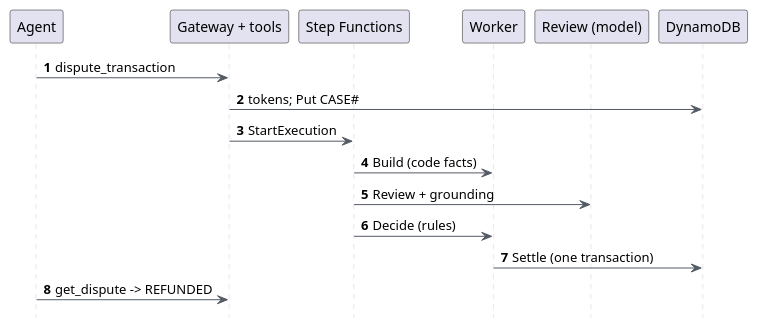
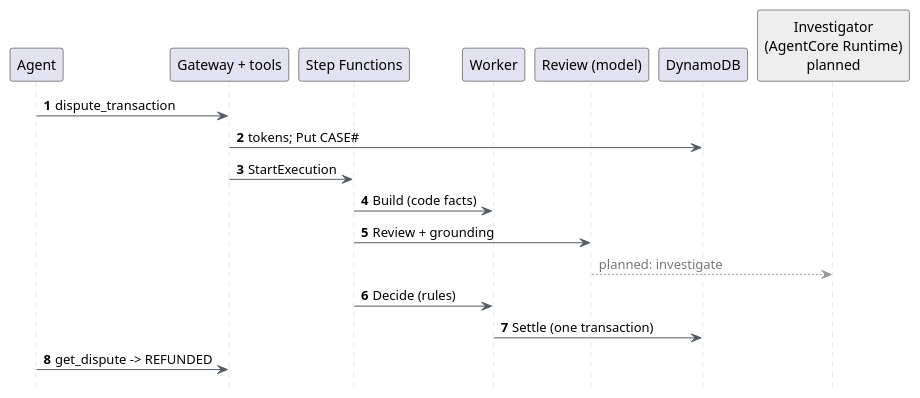
One commit to eddiefleurent/agentic-bank changed the diagram in docs/diagrams/04-dispute.puml. Above: the diagram before and after it, drawn with PlantUML. The commit also changed 21 other files, not shown here.

Commit message:
Add Strands dispute investigator on AgentCore Runtime (off by default)

```diff
--- a/docs/diagrams/04-dispute.puml
+++ b/docs/diagrams/04-dispute.puml
@@ -1,34 +1,41 @@
 @startuml
 ' Level 3 - "I never got the HOMEBREW order, dispute it": code facts, model review, code decides.
 ' Render: plantuml-new -tpng 04-dispute.puml
 '   1-3 Gateway: JWT, interceptor (customer = token subject), Cedar (scope disputes). The tools Lambda
 '       tokenizes the statement (Comprehend + 7-digit rule, KMS into the vault), writes CASE# through the
 '       case-writer role (case attributes on the role policy; LeadingKeys only on the session policy),
 '       then starts the execution (name on the case).
 '   4   Build: code facts from the TXN row and Order Insight (C1 delivery = not_shipped: +1).
 '   5   Review: gpt-oss scores C1 and C4 from the tokenized case file; ApplyGuardrail scores grounding.
 '   6   Decide (pure code, rule 5): all +1 and <= $50.00 -> AUTO_REFUND. Any -1 -> analyst, never a denial.
 '   7   Settle: one TransactWriteItems (case -> REFUNDED, balance +, refund row once, REFUNDQ# slot).
 '       No free slot -> analyst queue. A replay returns the stored result.
 '   8   The agent polls get_dispute: "Refunded 34.00".
+'   Planned, not deployed (dashed gray): with REVIEWER=runtime the review Lambda asks the Strands
+'   investigator on AgentCore Runtime instead (docs/investigator.md, decision 0010). Same output
+'   checks; Decide is unchanged.
 hide footbox
 skinparam ArrowColor #545B64
 skinparam SequenceLifeLineBorderColor #C9CED6
 autonumber
 
 participant "Agent" as A
 participant "Gateway + tools" as T
 participant "Step Functions" as S
 participant "Worker" as W
 participant "Review (model)" as R
 participant "DynamoDB" as D
+participant "Investigator\n(AgentCore Runtime)\nplanned" as I #EEEEEE
 
 A -> T : dispute_transaction
 T -> D : tokens; Put CASE#
 T -> S : StartExecution
 S -> W : Build (code facts)
 S -> R : Review + grounding
+autonumber stop
+R -[#999999]-> I : <color:#777777>planned: investigate</color>
+autonumber resume
 S -> W : Decide (rules)
 W -> D : Settle (one transaction)
 A -> T : get_dispute -> REFUNDED
 @enduml
```
